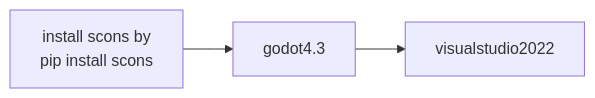
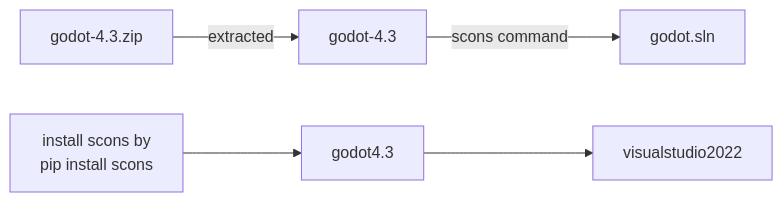
Before and after one commit to jamad/Pixelorama: the diagram in README.md, drawn with Mermaid.

````diff
--- a/README.md
+++ b/README.md
@@ -31,7 +31,8 @@
 ```mermaid
 
 graph LR
 
+godot-4.3.zip -- extracted --> godot-4.3 -- scons command -->  godot.sln
 scons["install scons by <br>pip install scons"] --> godot4.3 --> visualstudio2022 
 
 ```
````
